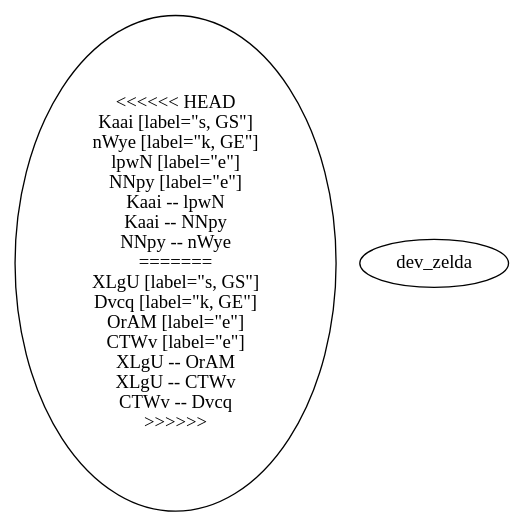
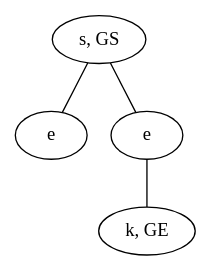
One commit to schrum2/MM-NEAT changed the diagram in data/VGLC/Zelda/rules/1/5_S-K.dot. Above: the diagram before and after it, drawn with Graphviz. The commit also changed 24 other files, not shown here.

```diff
--- a/data/VGLC/Zelda/rules/1/5_S-K.dot
+++ b/data/VGLC/Zelda/rules/1/5_S-K.dot
@@ -1,19 +1,9 @@
 graph {
-<<<<<<< HEAD
-Kaai [label="s, GS"]
-nWye [label="k, GE"]
-lpwN [label="e"]
-NNpy [label="e"]
-Kaai -- lpwN
-Kaai -- NNpy
-NNpy -- nWye
-=======
-XLgU [label="s, GS"]
-Dvcq [label="k, GE"]
-OrAM [label="e"]
-CTWv [label="e"]
-XLgU -- OrAM
-XLgU -- CTWv
-CTWv -- Dvcq
->>>>>>> dev_zelda
+vZyM [label="s, GS"]
+jUHK [label="k, GE"]
+PhuQ [label="e"]
+yBFh [label="e"]
+vZyM -- PhuQ
+vZyM -- yBFh
+yBFh -- jUHK
 }
```
